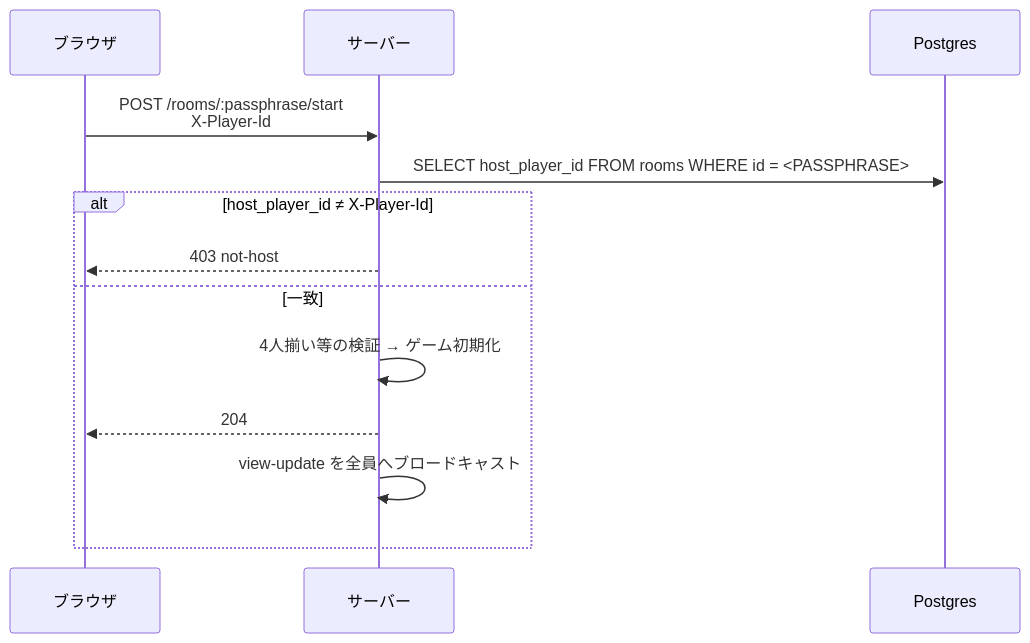
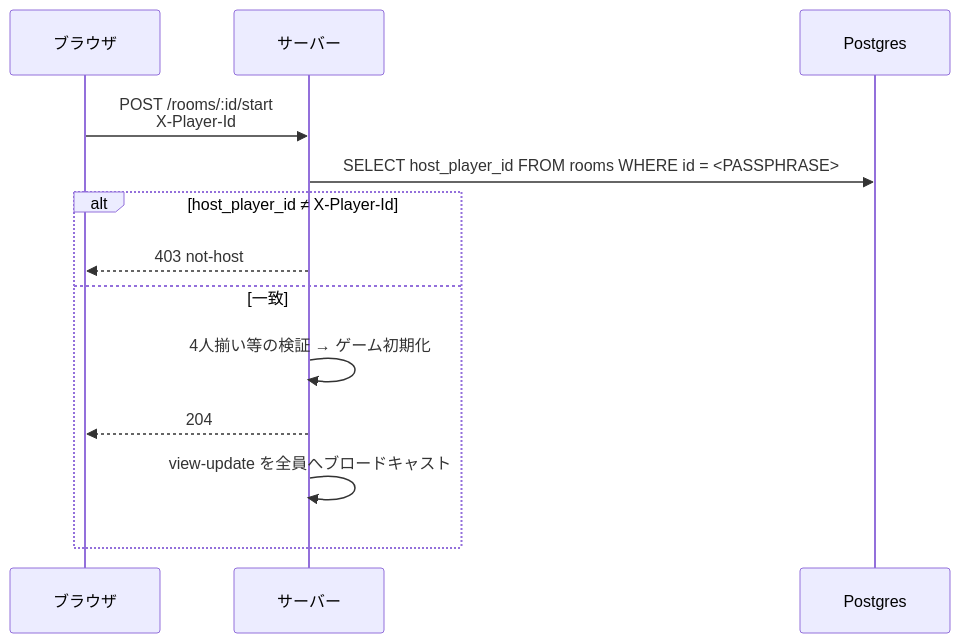
One commit to calm1205/bluff-auction changed the fifth of 5 diagrams in docs/design/06_authentication.md. Above: the diagram before and after it, drawn with Mermaid.

Commit message:
chore: auto-commit by Claude Code

````diff
--- a/docs/design/06_authentication.md
+++ b/docs/design/06_authentication.md
@@ -177,16 +177,16 @@
 ```mermaid
 sequenceDiagram
     participant B as ブラウザ
     participant S as サーバー
     participant DB as Postgres
 
-    B->>S: POST /rooms/:passphrase/start<br/>X-Player-Id
+    B->>S: POST /rooms/:id/start<br/>X-Player-Id
     S->>DB: SELECT host_player_id FROM rooms WHERE id = <PASSPHRASE>
     alt host_player_id ≠ X-Player-Id
         S-->>B: 403 not-host
     else 一致
         S->>S: 4人揃い等の検証 → ゲーム初期化
         S-->>B: 204
         S->>S: view-update を全員へブロードキャスト
     end
 ```
````
